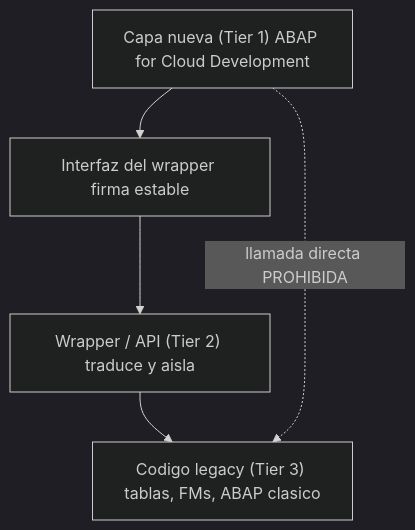
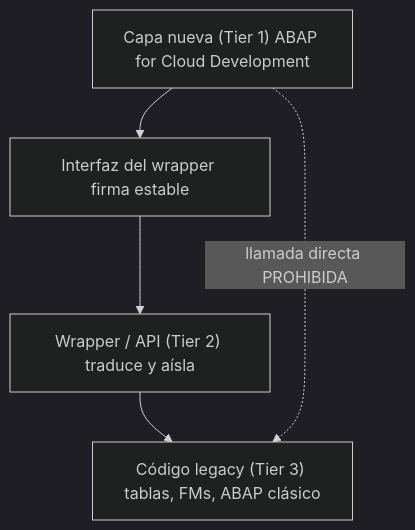
The diagram in es/abap-cloud-wrappers-legacy.mdx (logalitech/blog-content), drawn with Mermaid (dark theme) before and after one commit. The commit also changed other lines of this file and 49 other files, not shown here.

````diff
--- a/es/abap-cloud-wrappers-legacy.mdx
+++ b/es/abap-cloud-wrappers-legacy.mdx
@@ -31,7 +31,7 @@
 ```mermaid
 flowchart TD
  A["Capa nueva (Tier 1) ABAP for Cloud Development"] --> B["Interfaz del wrapper firma estable"]
- B --> C["Wrapper / API (Tier 2) traduce y aisla"]
- C --> D["Codigo legacy (Tier 3) tablas, FMs, ABAP clasico"]
+ B --> C["Wrapper / API (Tier 2) traduce y aísla"]
+ C --> D["Código legacy (Tier 3) tablas, FMs, ABAP clásico"]
  A -.->|"llamada directa PROHIBIDA"| D
 ```
````
